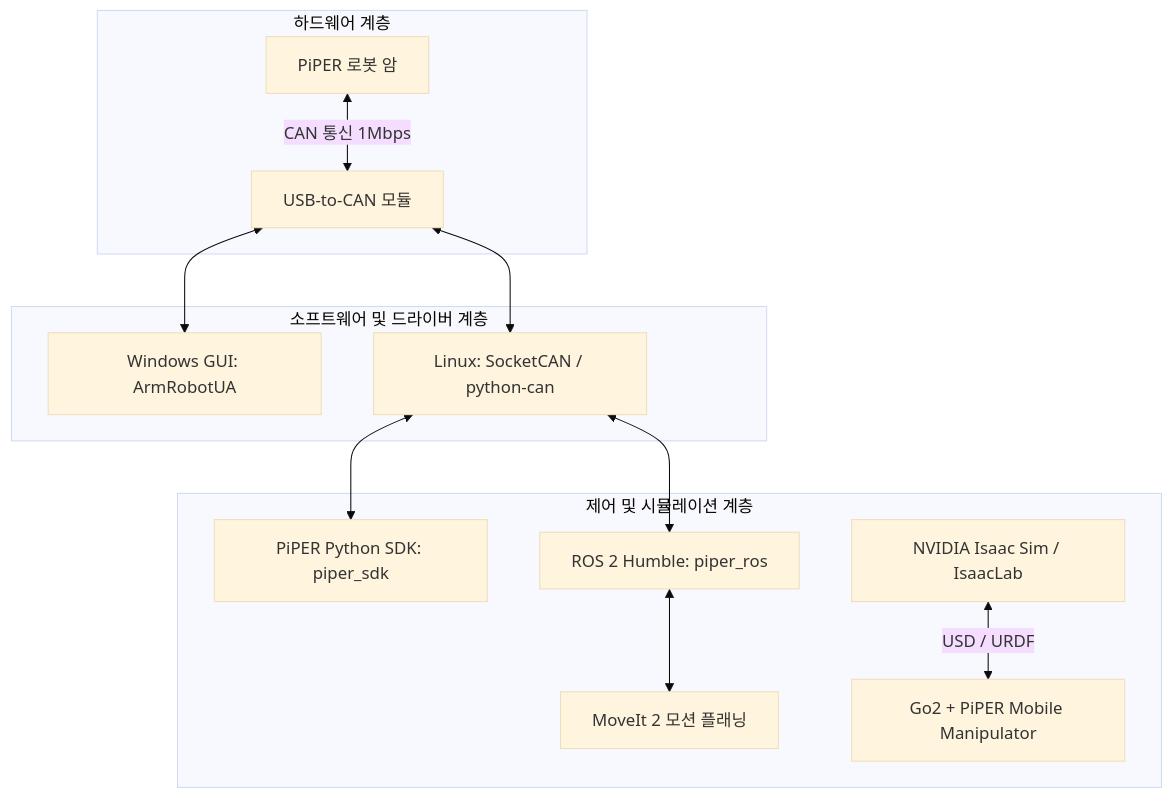
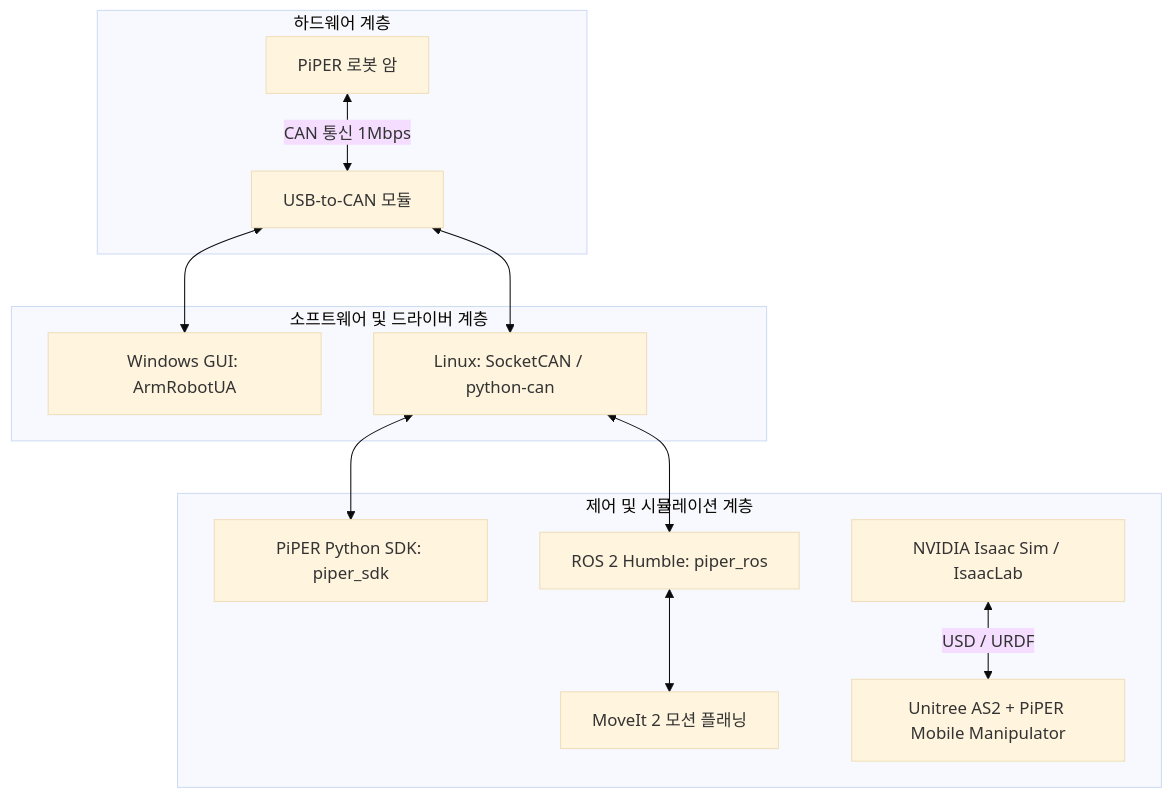
One commit to CGV-HGU/isaac-go2-ros2 changed the diagram in robot_arms/piper/README.md. Above: the diagram before and after it, drawn with Mermaid (base theme). The commit also changed other lines of this file and 28 other files, not shown here.

Commit message:
refactor(as2): purge legacy Go2 files and configure As2 branch exclusively for Unitree AS2 and AgileX PiPER

````diff
--- a/robot_arms/piper/README.md
+++ b/robot_arms/piper/README.md
@@ -38,18 +39,18 @@
 ```mermaid
 flowchart TD
     subgraph Hardware["하드웨어 계층"]
         A[PiPER 로봇 암] <-->|CAN 통신 1Mbps| B[USB-to-CAN 모듈]
     end
 
     subgraph Tools["소프트웨어 및 드라이버 계층"]
         B <--> C[Windows GUI: ArmRobotUA]
         B <--> D[Linux: SocketCAN / python-can]
     end
 
     subgraph Control["제어 및 시뮬레이션 계층"]
         D <--> E[PiPER Python SDK: piper_sdk]
         D <--> F[ROS 2 Humble: piper_ros]
         F <--> G[MoveIt 2 모션 플래닝]
-        H[NVIDIA Isaac Sim / IsaacLab] <-->|USD / URDF| I[Go2 + PiPER Mobile Manipulator]
+        H[NVIDIA Isaac Sim / IsaacLab] <-->|USD / URDF| I[Unitree AS2 + PiPER Mobile Manipulator]
     end
 ```
````
